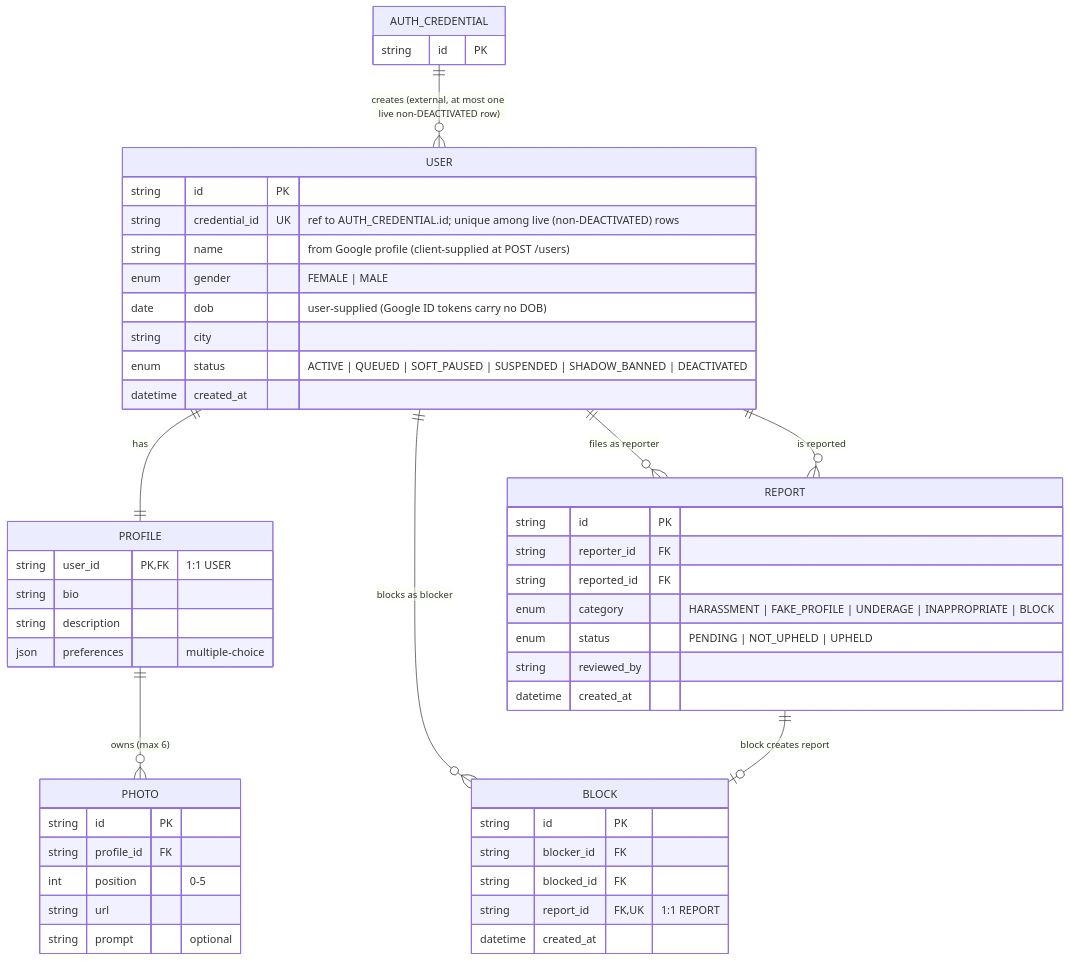
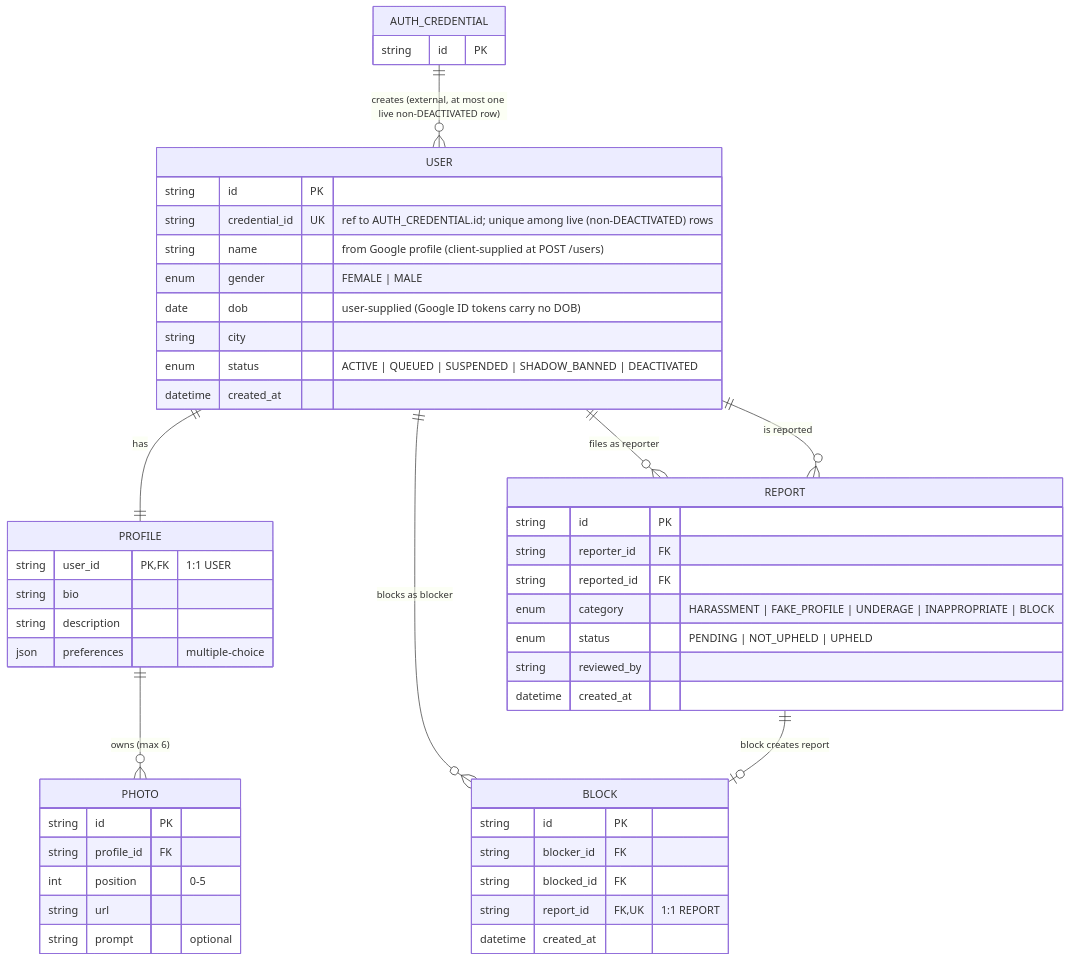
One commit to cheetah-org/fold-design changed the second of 8 diagrams in entities/er-diagram.md. Above: the diagram before and after it, drawn with Mermaid. The commit also changed other lines of this file and 6 other files, not shown here.

````diff
--- a/entities/er-diagram.md
+++ b/entities/er-diagram.md
@@ -208,57 +207,57 @@
 ```mermaid
 erDiagram
     %% Owned entities
     USER {
         string id PK
         string credential_id UK "ref to AUTH_CREDENTIAL.id; unique among live (non-DEACTIVATED) rows"
         string name "from Google profile (client-supplied at POST /users)"
         enum gender "FEMALE | MALE"
         date dob "user-supplied (Google ID tokens carry no DOB)"
         string city
-        enum status "ACTIVE | QUEUED | SOFT_PAUSED | SUSPENDED | SHADOW_BANNED | DEACTIVATED"
+        enum status "ACTIVE | QUEUED | SUSPENDED | SHADOW_BANNED | DEACTIVATED"
         datetime created_at
     }
     PROFILE {
         string user_id PK, FK "1:1 USER"
         string bio
         string description
         json preferences "multiple-choice"
     }
     PHOTO {
         string id PK
         string profile_id FK
         int position "0-5"
         string url
         string prompt "optional"
     }
     REPORT {
         string id PK
         string reporter_id FK
         string reported_id FK
         enum category "HARASSMENT | FAKE_PROFILE | UNDERAGE | INAPPROPRIATE | BLOCK"
         enum status "PENDING | NOT_UPHELD | UPHELD"
         string reviewed_by
         datetime created_at
     }
     BLOCK {
         string id PK
         string blocker_id FK
         string blocked_id FK
         string report_id FK, UK "1:1 REPORT"
         datetime created_at
     }
 
     %% External reference (owned by Auth Service)
     AUTH_CREDENTIAL {
         string id PK
     }
 
     %% Relationships
     AUTH_CREDENTIAL ||--o{ USER : "creates (external, at most one live non-DEACTIVATED row)"
     USER ||--|| PROFILE : "has"
     PROFILE ||--o{ PHOTO : "owns (max 6)"
     USER ||--o{ REPORT : "files as reporter"
     USER ||--o{ REPORT : "is reported"
     USER ||--o{ BLOCK : "blocks as blocker"
     REPORT ||--o| BLOCK : "block creates report"
 ```
````
